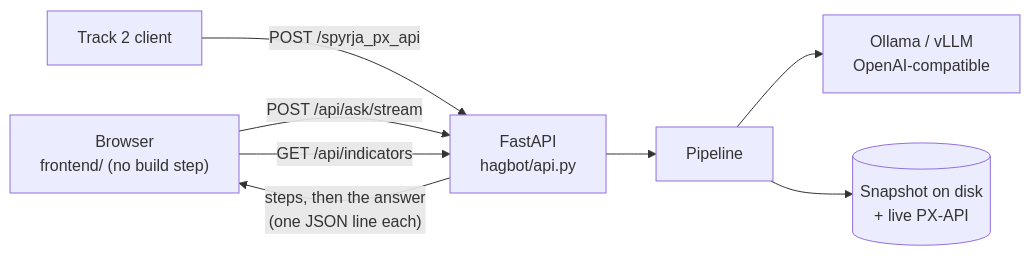
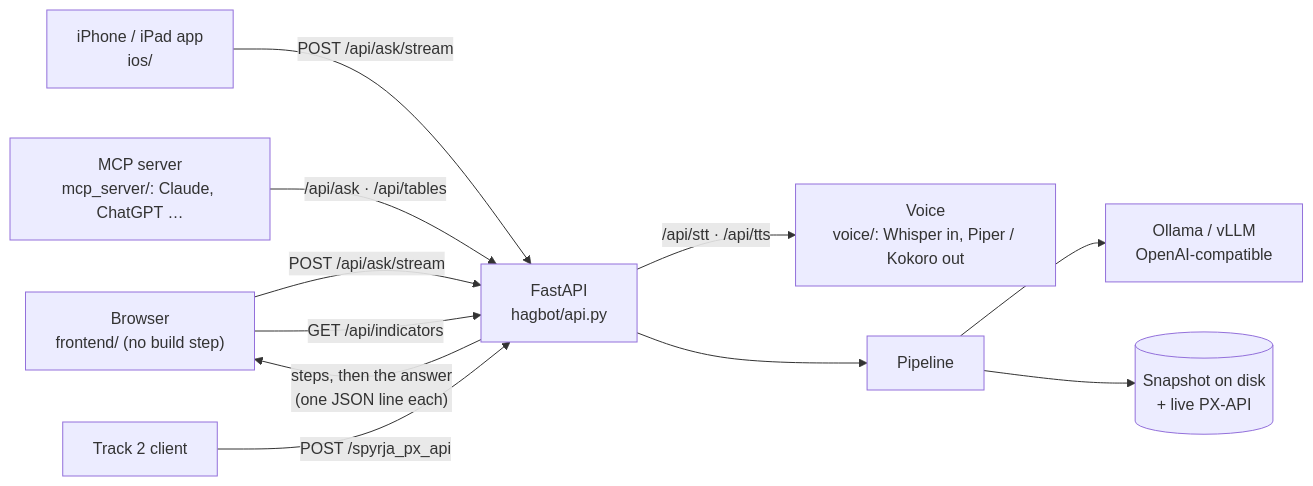
One commit to alexandersvafdal/RAGstofan_datathon2026 changed the second of 2 diagrams in docs/architecture.md. Above: the diagram before and after it, drawn with Mermaid. The commit also changed other lines of this file, not shown here.

First line of the commit message:
Architecture chart: plan facts, one finder, neighbour switch, two-part sums, suggestions

````diff
--- a/docs/architecture.md
+++ b/docs/architecture.md
@@ -149,9 +162,12 @@
 ```mermaid
 flowchart LR
     B["Browser<br/>frontend/ (no build step)"] -- "POST /api/ask/stream" --> API["FastAPI<br/>hagbot/api.py"]
+    IOS["iPhone / iPad app<br/>ios/"] -- "POST /api/ask/stream" --> API
+    MCP["MCP server<br/>mcp_server/: Claude, ChatGPT …"] -- "/api/ask · /api/tables" --> API
     T2["Track 2 client"] -- "POST /spyrja_px_api" --> API
+    API -- "/api/stt · /api/tts" --> VO["Voice<br/>voice/: Whisper in, Piper / Kokoro out"]
     API -- "steps, then the answer<br/>(one JSON line each)" --> B
     B -- "GET /api/indicators" --> API
     API --> PL["Pipeline"] --> LLM["Ollama / vLLM<br/>OpenAI-compatible"]
     PL --> SRC[("Snapshot on disk<br/>+ live PX-API")]
 ```
````
